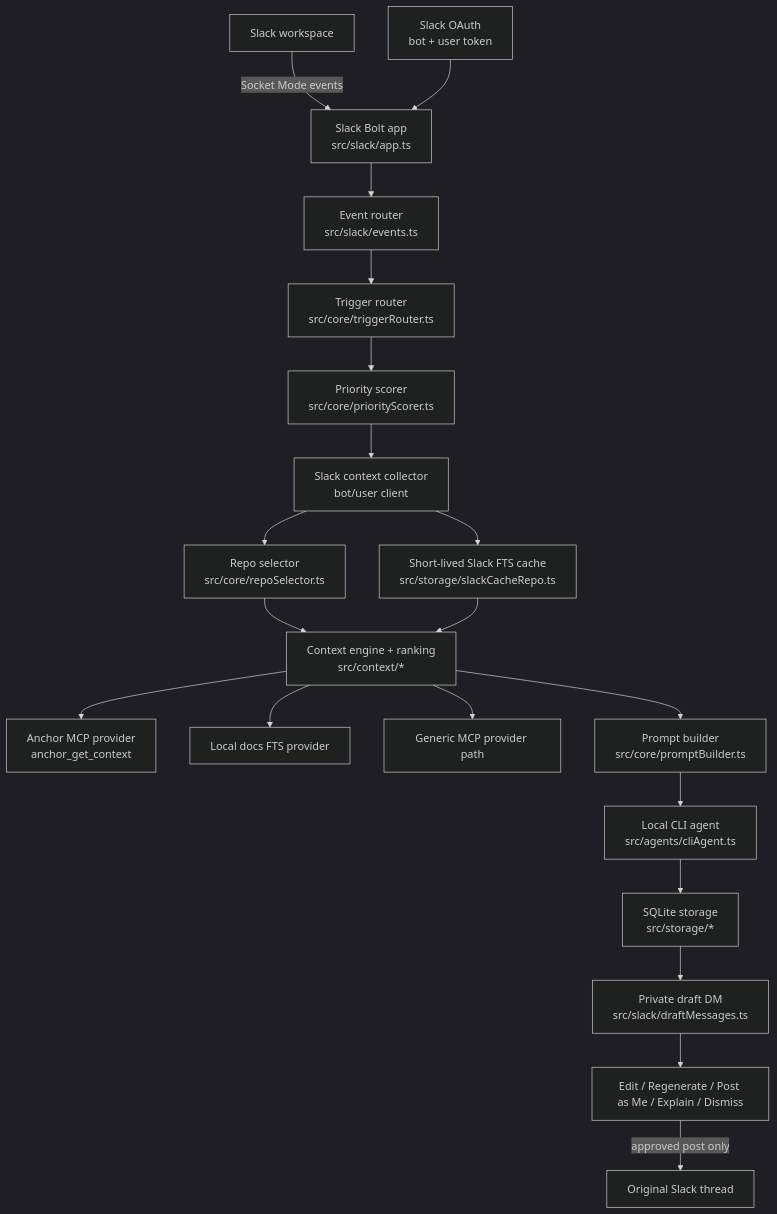
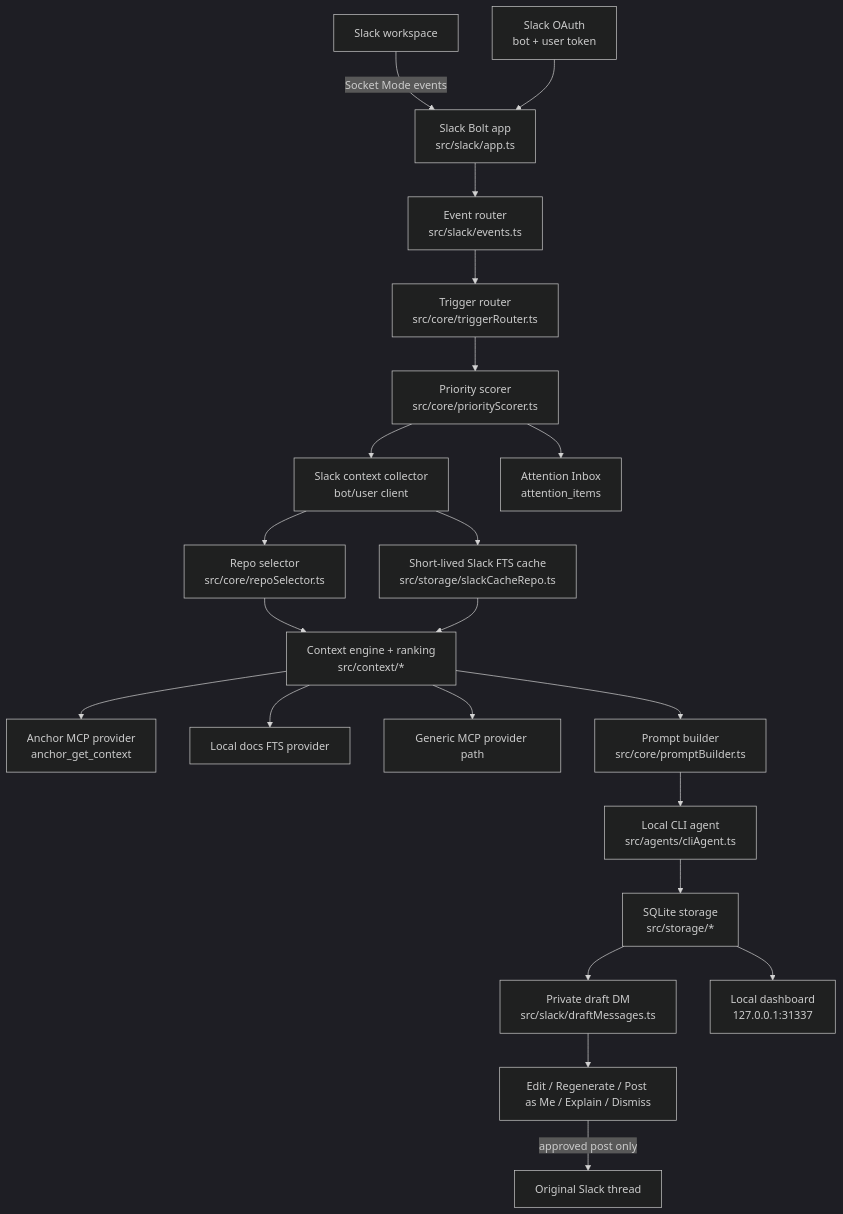
Before and after one commit to pratik7368patil/signal-desk: the diagram in docs/architecture.md, drawn with Mermaid (dark theme). The commit also changed other lines of this file and 39 other files, not shown here.

Commit message:
Release SignalDesk beta productivity flows

````diff
--- a/docs/architecture.md
+++ b/docs/architecture.md
@@ -7,22 +7,24 @@
 ```mermaid
 flowchart TD
   Slack["Slack workspace"] -->|Socket Mode events| Bolt["Slack Bolt app\nsrc/slack/app.ts"]
   OAuth["Slack OAuth\nbot + user token"] --> Bolt
   Bolt --> Events["Event router\nsrc/slack/events.ts"]
   Events --> Trigger["Trigger router\nsrc/core/triggerRouter.ts"]
   Trigger --> Score["Priority scorer\nsrc/core/priorityScorer.ts"]
   Score --> Context["Slack context collector\nbot/user client"]
+  Score --> Inbox["Attention Inbox\nattention_items"]
   Context --> Cache["Short-lived Slack FTS cache\nsrc/storage/slackCacheRepo.ts"]
   Context --> Repos["Repo selector\nsrc/core/repoSelector.ts"]
   Repos --> Engine["Context engine + ranking\nsrc/context/*"]
   Cache --> Engine
   Engine --> Anchor["Anchor MCP provider\nanchor_get_context"]
   Engine --> Docs["Local docs FTS provider"]
   Engine --> MCP["Generic MCP provider path"]
   Engine --> Prompt["Prompt builder\nsrc/core/promptBuilder.ts"]
   Prompt --> Agent["Local CLI agent\nsrc/agents/cliAgent.ts"]
   Agent --> Store["SQLite storage\nsrc/storage/*"]
   Store --> DraftDM["Private draft DM\nsrc/slack/draftMessages.ts"]
+  Store --> Dashboard["Local dashboard\n127.0.0.1:31337"]
   DraftDM --> Actions["Edit / Regenerate / Post as Me / Explain / Dismiss"]
   Actions -->|approved post only| Thread["Original Slack thread"]
 ```
````
